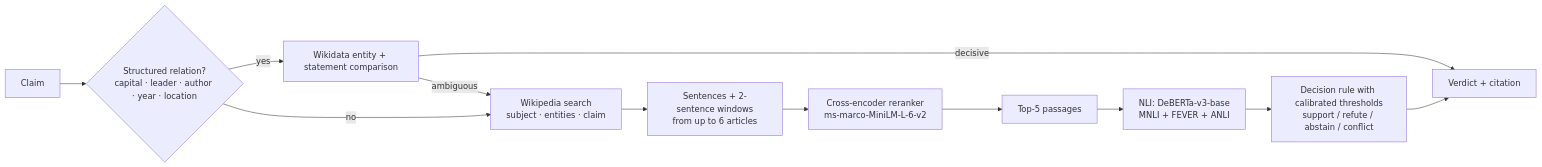
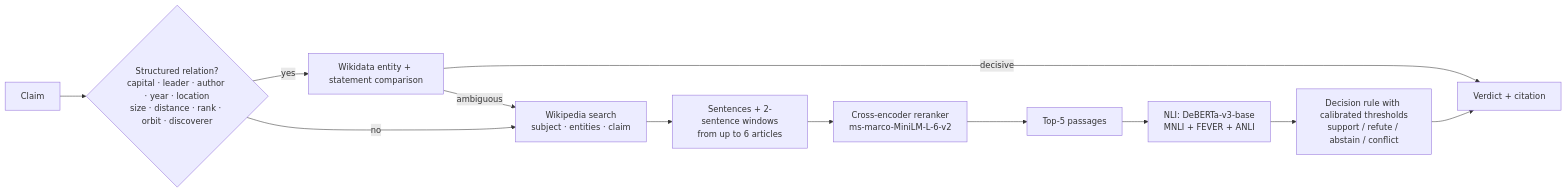
One commit to beingbalaji/FALCON changed the diagram in README.md. Above: the diagram before and after it, drawn with Mermaid. The commit also changed other lines of this file and 9 other files, not shown here.

First line of the commit message:
Check size, distance, rank, orbit and discoverer claims against Wikidata

````diff
--- a/README.md
+++ b/README.md
@@ -23,14 +23,14 @@
 ```mermaid
 flowchart LR
-    A[Claim] --> B{Structured relation?<br/>capital · leader · author · year · location}
+    A[Claim] --> B{Structured relation?<br/>capital · leader · author · year · location<br/>size · distance · rank · orbit · discoverer}
     B -- yes --> C[Wikidata entity + statement comparison]
     C -- decisive --> V[Verdict + citation]
     C -- ambiguous --> D
     B -- no --> D[Wikipedia search<br/>subject · entities · claim]
     D --> E[Sentences + 2-sentence windows<br/>from up to 6 articles]
     E --> F[Cross-encoder reranker<br/>ms-marco-MiniLM-L-6-v2]
     F --> G[Top-5 passages]
     G --> H[NLI: DeBERTa-v3-base<br/>MNLI + FEVER + ANLI]
     H --> I[Decision rule with calibrated thresholds<br/>support / refute / abstain / conflict]
     I --> V
 ```
````
